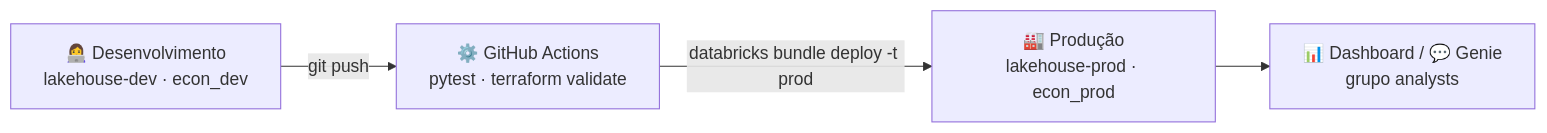
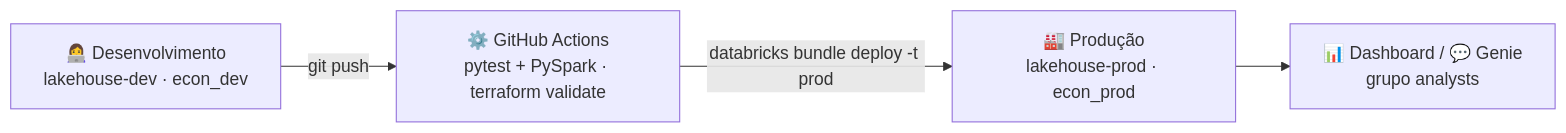
One commit to Jennifer-Maia/databricks-aws-lakehouse changed the fourth of 4 diagrams in README.md. Above: the diagram before and after it, drawn with Mermaid. The commit also changed other lines of this file and 17 other files, not shown here.

````diff
--- a/README.md
+++ b/README.md
@@ -161,6 +163,6 @@
 ```mermaid
 flowchart LR
-    DEV["👩‍💻 Desenvolvimento<br/>lakehouse-dev · econ_dev"] -->|git push| GH["⚙️ GitHub Actions<br/>pytest · terraform validate"]
+    DEV["👩‍💻 Desenvolvimento<br/>lakehouse-dev · econ_dev"] -->|git push| GH["⚙️ GitHub Actions<br/>pytest + PySpark · terraform validate"]
     GH -->|databricks bundle deploy -t prod| PROD["🏭 Produção<br/>lakehouse-prod · econ_prod"]
     PROD --> BI["📊 Dashboard / 💬 Genie<br/>grupo analysts"]
 ```
````
